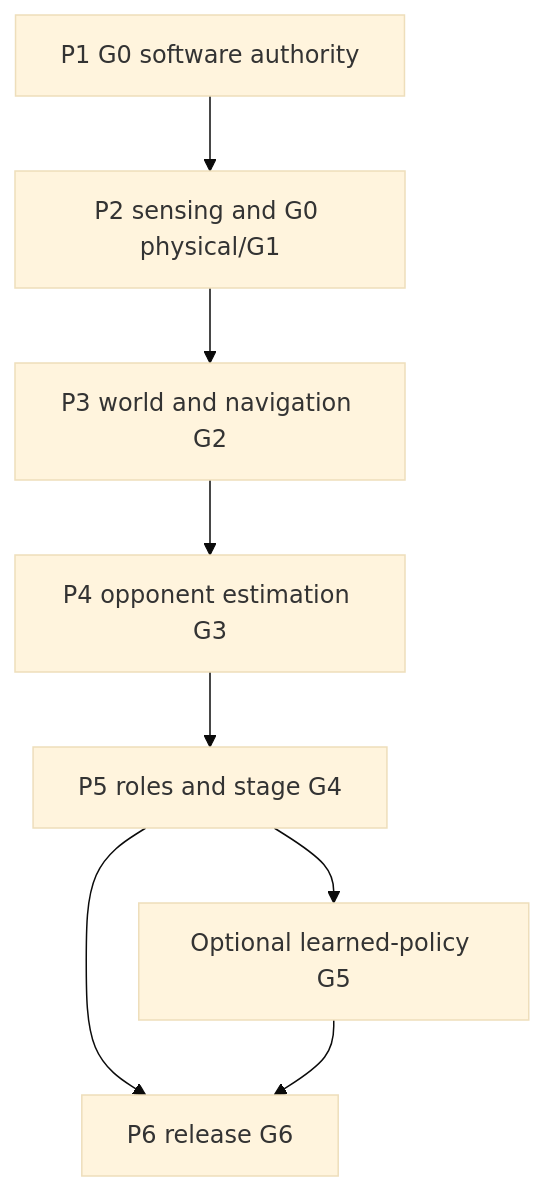
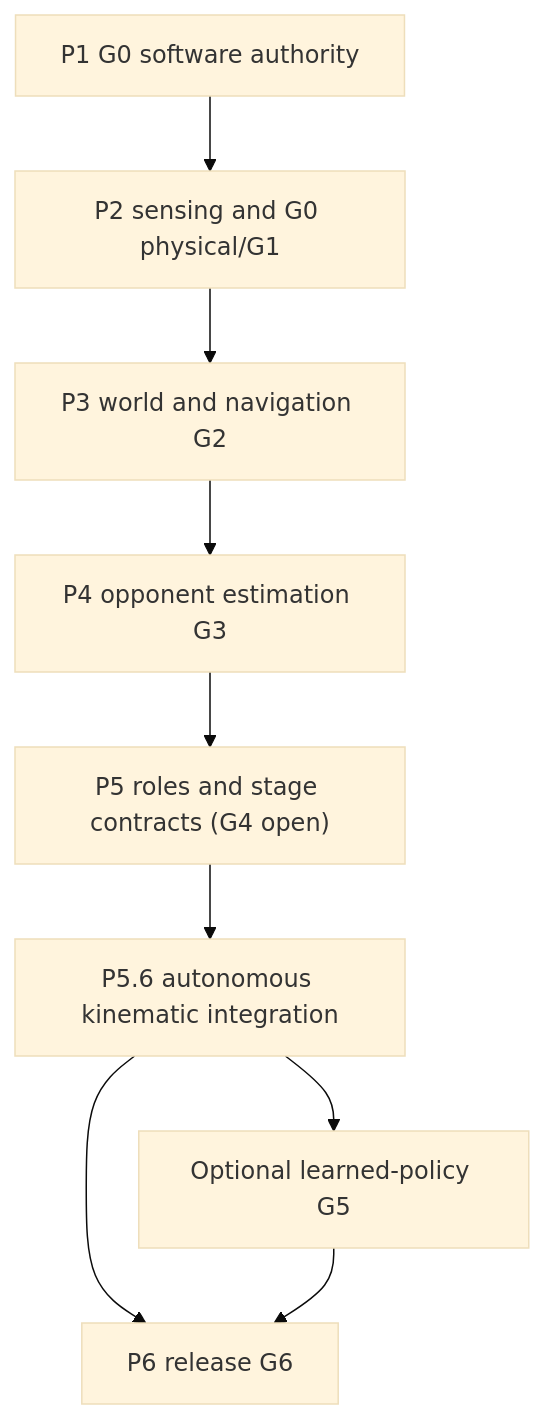
Before and after one commit to richardson2560/hsl26: the diagram in docs/HSL26_IMPLEMENTATION_ROADMAP.md, drawn with Mermaid (base theme). The commit also changed other lines of this file and 25 other files, not shown here.

````diff
--- a/docs/HSL26_IMPLEMENTATION_ROADMAP.md
+++ b/docs/HSL26_IMPLEMENTATION_ROADMAP.md
@@ -27,10 +35,11 @@
 ```mermaid
 flowchart TD
     P1["P1 G0 software authority"] --> P2["P2 sensing and G0 physical/G1"]
     P2 --> P3["P3 world and navigation G2"]
     P3 --> P4["P4 opponent estimation G3"]
-    P4 --> P5["P5 roles and stage G4"]
-    P5 --> P6["P6 release G6"]
-    P5 --> Optional["Optional learned-policy G5"]
+    P4 --> P5["P5 roles and stage contracts (G4 open)"]
+    P5 --> P56["P5.6 autonomous kinematic integration"]
+    P56 --> P6["P6 release G6"]
+    P56 --> Optional["Optional learned-policy G5"]
     Optional --> P6
 ```
````
